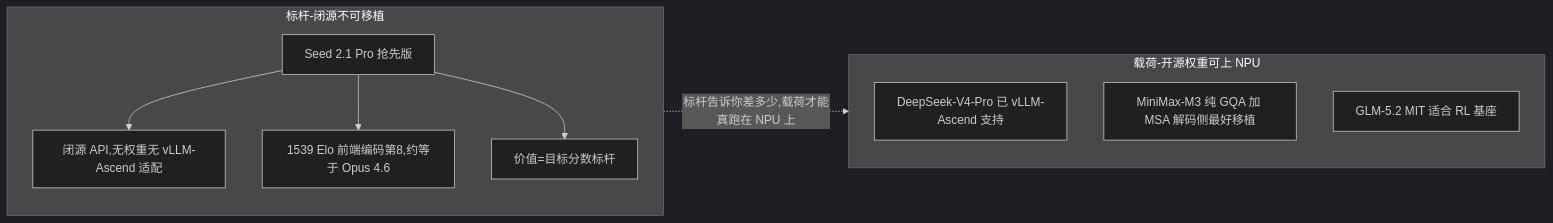
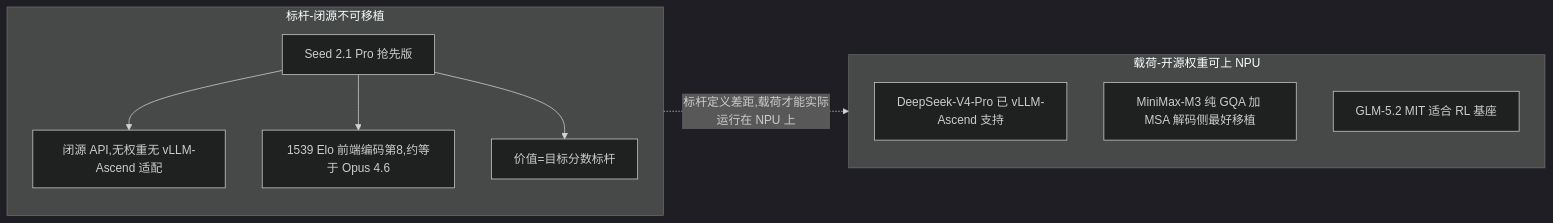
Before and after one commit to lloo099/mission44: the second of 3 diagrams in docs/blog/dispatch-01-seed-2-1.md, drawn with Mermaid (dark theme). The commit also changed other lines of this file and 22 other files, not shown here.

````diff
--- a/docs/blog/dispatch-01-seed-2-1.md
+++ b/docs/blog/dispatch-01-seed-2-1.md
@@ -54,18 +54,18 @@
 ```mermaid
 flowchart LR
   subgraph BENCH ["标杆-闭源不可移植"]
     S["Seed 2.1 Pro 抢先版"]
     S1["闭源 API,无权重无 vLLM-Ascend 适配"]
     S2["1539 Elo 前端编码第8,约等于 Opus 4.6"]
     S3["价值=目标分数标杆"]
     S --> S1
     S --> S2
     S --> S3
   end
   subgraph LOAD ["载荷-开源权重可上 NPU"]
     D["DeepSeek-V4-Pro 已 vLLM-Ascend 支持"]
     M["MiniMax-M3 纯 GQA 加 MSA 解码侧最好移植"]
     G["GLM-5.2 MIT 适合 RL 基座"]
   end
-  BENCH -. "标杆告诉你差多少,载荷才能真跑在 NPU 上" .-> LOAD
+  BENCH -. "标杆定义差距,载荷才能实际运行在 NPU 上" .-> LOAD
 ```
````
